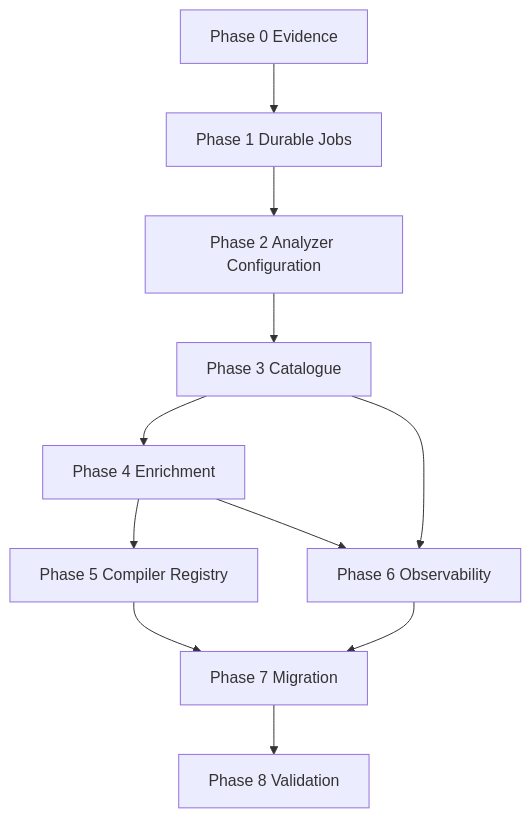
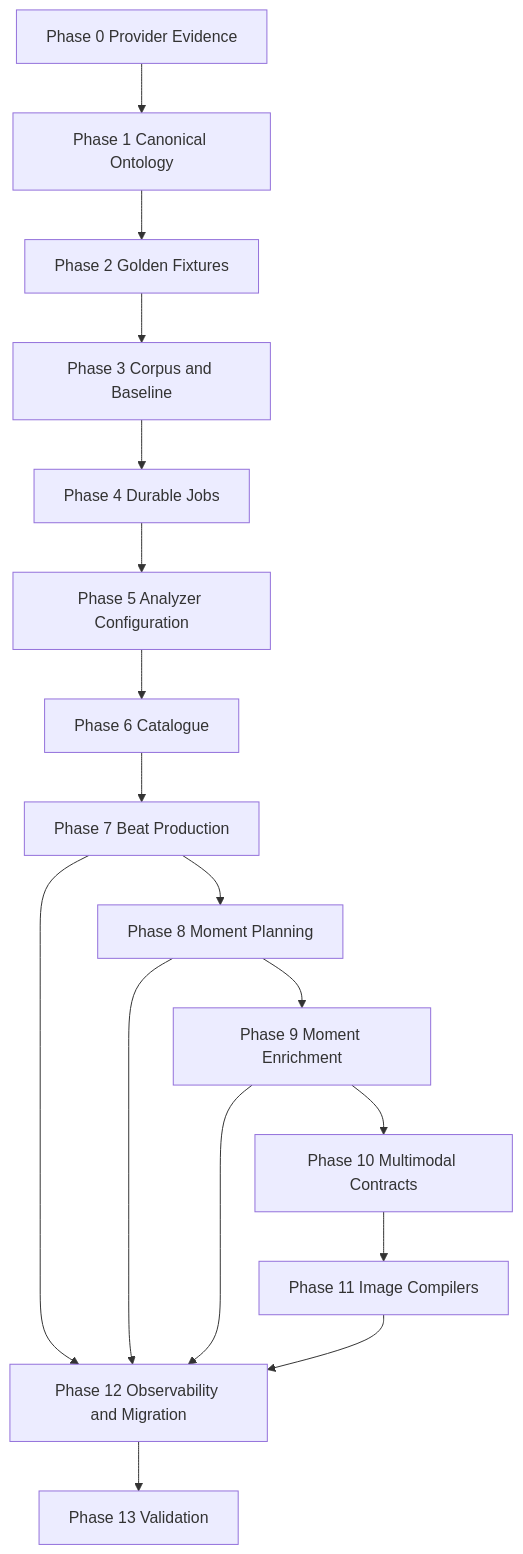
One commit to DaturaInoxia/DreamGenClone changed the diagram in specs/Planning/B-100-progressive-scene-beat-pipeline/tasks.md. Above: the diagram before and after it, drawn with Mermaid. The commit also changed other lines of this file and 15 other files, not shown here.

````diff
--- a/specs/Planning/B-100-progressive-scene-beat-pipeline/tasks.md
+++ b/specs/Planning/B-100-progressive-scene-beat-pipeline/tasks.md
@@ -124,13 +176,19 @@
 ```mermaid
 flowchart TD
-    P0[Phase 0 Evidence] --> P1[Phase 1 Durable Jobs]
-    P1 --> P2[Phase 2 Analyzer Configuration]
-    P2 --> P3[Phase 3 Catalogue]
-    P3 --> P4[Phase 4 Enrichment]
-    P4 --> P5[Phase 5 Compiler Registry]
-    P3 --> P6[Phase 6 Observability]
-    P4 --> P6
-    P5 --> P7[Phase 7 Migration]
-    P6 --> P7
-    P7 --> P8[Phase 8 Validation]
+    P0[Phase 0 Provider Evidence] --> P1[Phase 1 Canonical Ontology]
+    P1 --> P2[Phase 2 Golden Fixtures]
+    P2 --> P3[Phase 3 Corpus and Baseline]
+    P3 --> P4[Phase 4 Durable Jobs]
+    P4 --> P5[Phase 5 Analyzer Configuration]
+    P5 --> P6[Phase 6 Catalogue]
+    P6 --> P7[Phase 7 Beat Production]
+    P7 --> P8[Phase 8 Moment Planning]
+    P8 --> P9[Phase 9 Moment Enrichment]
+    P9 --> P10[Phase 10 Multimodal Contracts]
+    P10 --> P11[Phase 11 Image Compilers]
+    P7 --> P12[Phase 12 Observability and Migration]
+    P8 --> P12
+    P9 --> P12
+    P11 --> P12
+    P12 --> P13[Phase 13 Validation]
 ```
````
